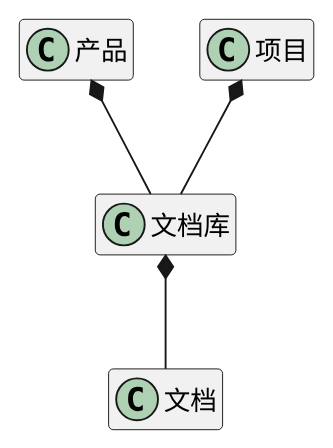
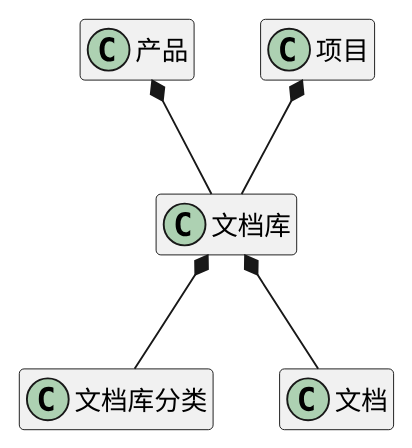
Before and after one commit to zj335841911/nt_chandao: the diagram in ibizpms-docs/src/main/doc/v1/module/zentao/DocLib_old.md, drawn with PlantUML. The commit also changed 17 other files, not shown here.

```diff
--- a/ibizpms-docs/src/main/doc/v1/module/zentao/DocLib_old.md
+++ b/ibizpms-docs/src/main/doc/v1/module/zentao/DocLib_old.md
@@ -6,6 +6,7 @@
 {% plantuml %}
+文档库 *-- 文档库分类 
 文档库 *-- 文档 
 产品 *-- 文档库 
 项目 *-- 文档库 
 hide members
 {% endplantuml %}
```
